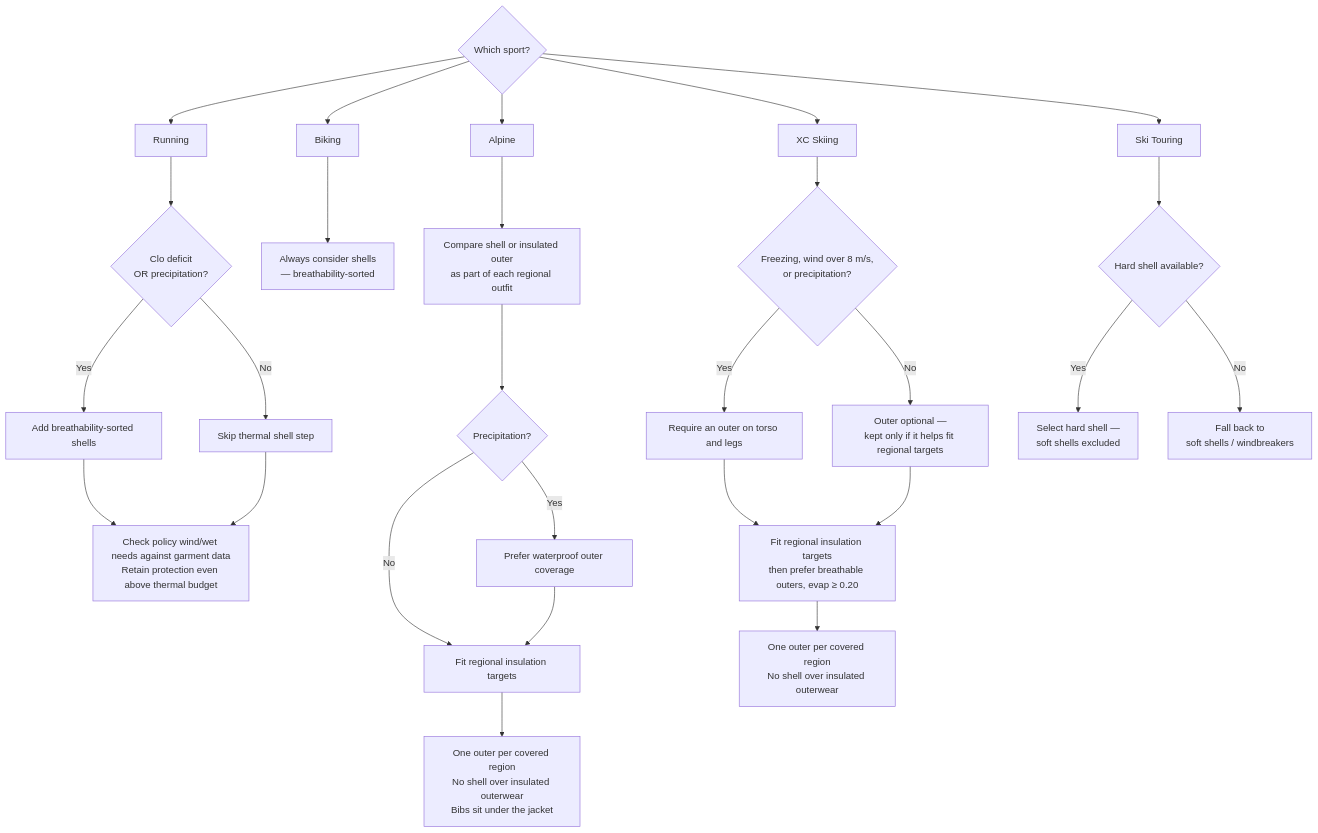
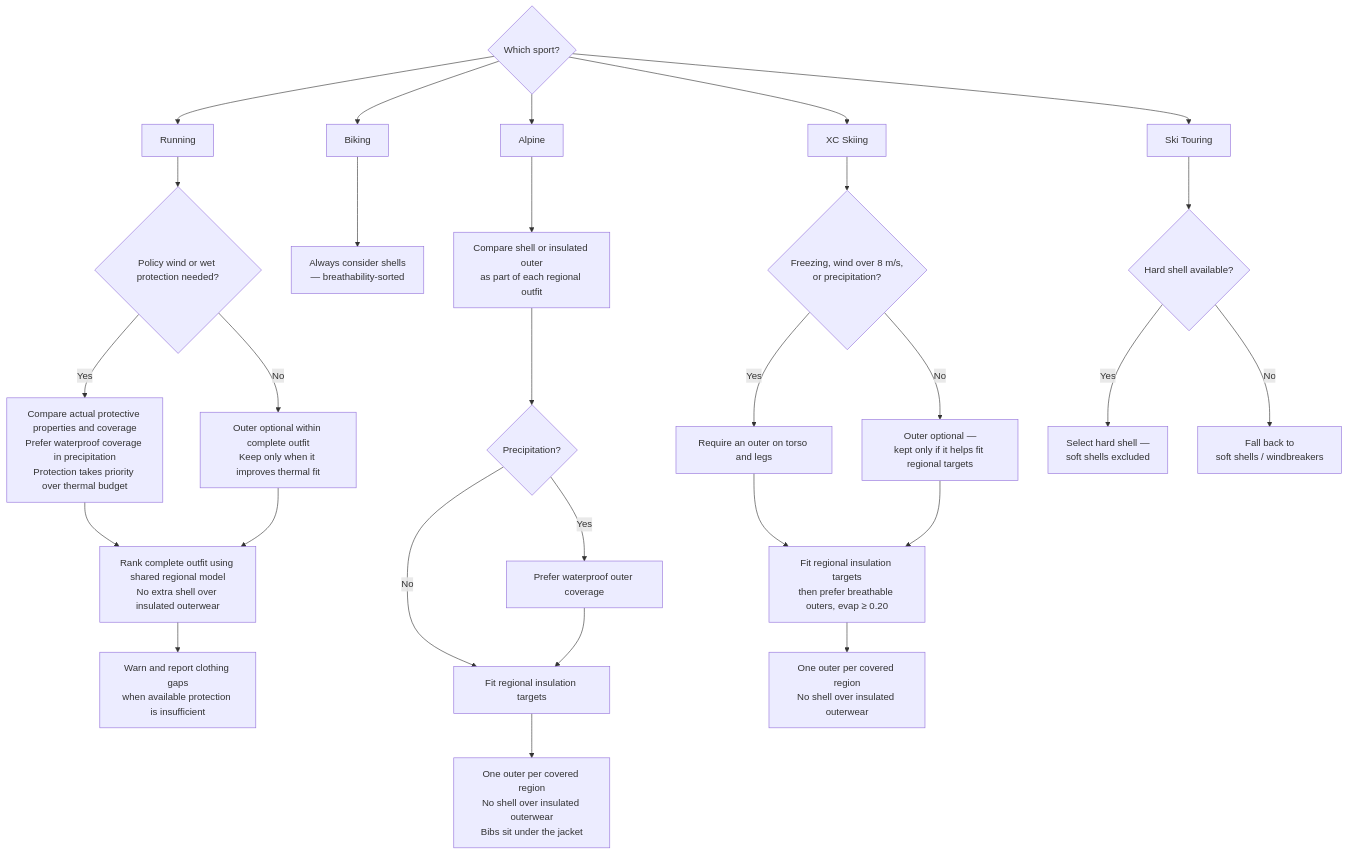
Before and after one commit to derobertsw/swttr: the fifth of 7 diagrams in README.md, drawn with Mermaid. The commit also changed other lines of this file and 11 other files, not shown here.

Commit message:
Select complete running outfits without mandatory thermal bases (#247) (#349)

````diff
--- a/README.md
+++ b/README.md
@@ -226,34 +234,35 @@
 ```mermaid
 graph TD
     START{Which sport?} --> RUN[Running]
     START --> BIKE[Biking]
     START --> ALP[Alpine]
     START --> XC[XC Skiing]
     START --> TOUR[Ski Touring]
 
-    RUN --> RCHECK{Clo deficit<br/>OR precipitation?}
-    RCHECK -->|Yes| RADD[Add breathability-sorted shells]
-    RCHECK -->|No| RSKIP[Skip thermal shell step]
-    RADD --> RPROTECT[Check policy wind/wet needs against garment data<br/>Retain protection even above thermal budget]
-    RSKIP --> RPROTECT
+    RUN --> RCHECK{Policy wind or wet protection needed?}
+    RCHECK -->|Yes| RPROTECT[Compare actual protective properties and coverage<br/>Prefer waterproof coverage in precipitation<br/>Protection takes priority over thermal budget]
+    RCHECK -->|No| ROPT[Outer optional within complete outfit<br/>Keep only when it improves thermal fit]
+    RPROTECT --> RRANK[Rank complete outfit using shared regional model<br/>No extra shell over insulated outerwear]
+    ROPT --> RRANK
+    RRANK --> RGAP[Warn and report clothing gaps<br/>when available protection is insufficient]
 
     BIKE --> BADD[Always consider shells<br/>— breathability-sorted]
 
     ALP --> AOUT[Compare shell or insulated outer<br/>as part of each regional outfit]
     AOUT --> AWET{Precipitation?}
     AWET -->|Yes| AWP[Prefer waterproof outer coverage]
     AWET -->|No| ABUDGET[Fit regional insulation targets]
     AWP --> ABUDGET
     ABUDGET --> ACAP[One outer per covered region<br/>No shell over insulated outerwear<br/>Bibs sit under the jacket]
 
     XC --> XNEED{Freezing, wind over 8 m/s,<br/>or precipitation?}
     XNEED -->|Yes| XREQ[Require an outer on torso and legs]
     XNEED -->|No| XOPT[Outer optional —<br/>kept only if it helps fit regional targets]
     XREQ --> XFIT[Fit regional insulation targets<br/>then prefer breathable outers, evap ≥ 0.20]
     XOPT --> XFIT
     XFIT --> XCAP[One outer per covered region<br/>No shell over insulated outerwear]
 
     TOUR --> THARD{Hard shell available?}
     THARD -->|Yes| THSEL[Select hard shell —<br/>soft shells excluded]
     THARD -->|No| TOTHER[Fall back to<br/>soft shells / windbreakers]
 ```
````
